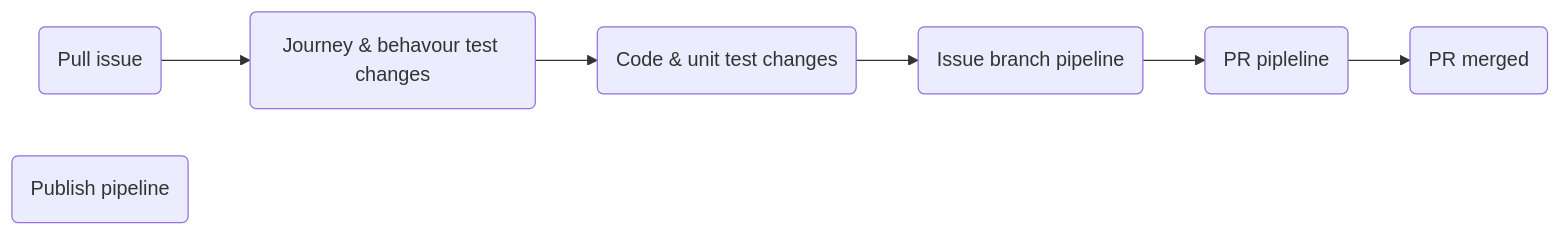
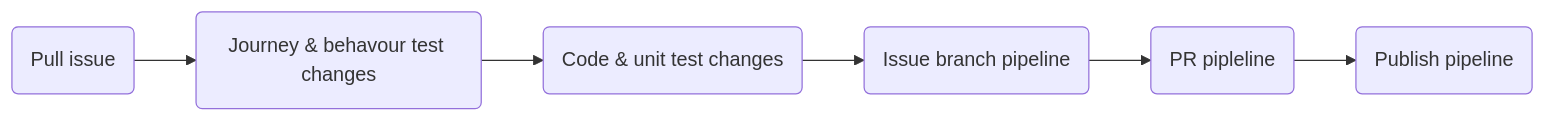
Before and after one commit to ContinuousEngineeringProject/ContinuousEngineeringProject.github.io: the third of 10 diagrams in docs/factory_pipelines.md, drawn with Mermaid. The commit also changed other lines of this file, not shown here.

First line of the commit message:
docs(pipeline): update publish pipeline details

````diff
--- a/docs/factory_pipelines.md
+++ b/docs/factory_pipelines.md
@@ -40,12 +40,11 @@
 ```mermaid
 flowchart LR
   id1(Pull issue)
   id2(Journey & behavour test changes)
   id3(Code & unit test changes)
   id4(Issue branch pipeline)
   id5(PR pipleline)
-  id6(PR merged)
-  id7(Publish pipeline)
+  id6(Publish pipeline)
   
   id1 --> id2 --> id3 --> id4 --> id5 --> id6
 ```
````
